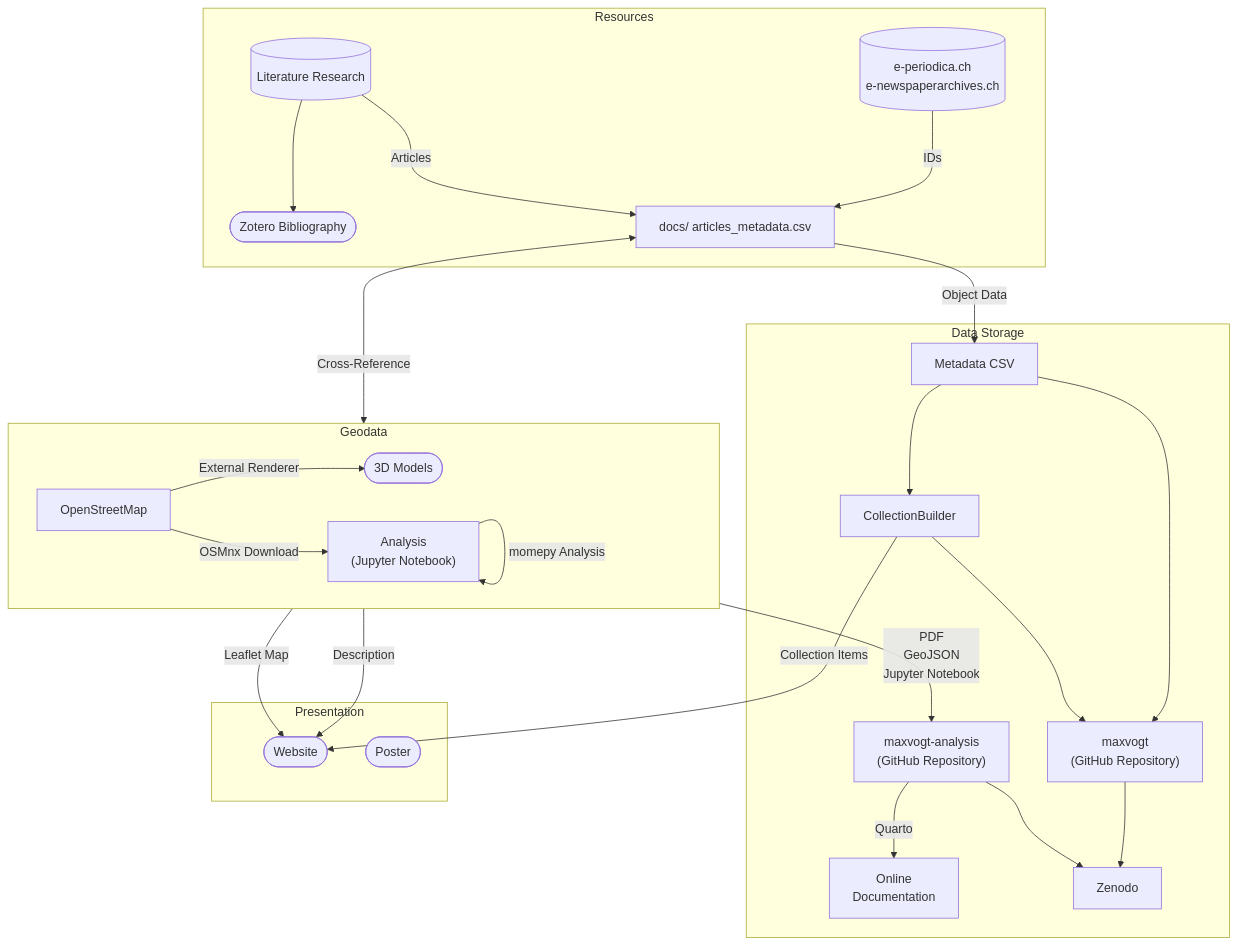
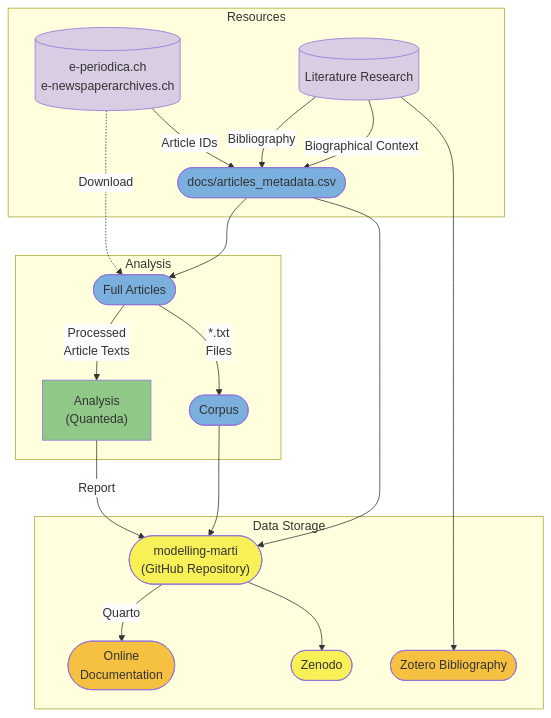
One commit to mtwente/modelling-marti changed the first of 3 diagrams in docs/data.qmd. Above: the diagram before and after it, drawn with Mermaid. The commit also changed other lines of this file, not shown here.

Commit message:
docs: enhance workflow description

````diff
--- a/docs/data.qmd
+++ b/docs/data.qmd
@@ -181,48 +145,47 @@
-```{mermaid fig-Workflow}
+```{mermaid fig-workflow}
+%%| label: fig-workflow
+%%| fig-cap: "Workflow used for assembling and analysing the dataset."
+%%{ init: {  'themeVariables': { 'edgeLabelBackground': '#fcfcfc'} } }%%
 flowchart TD
 
     subgraph Resources
-        RN1 --->RN5([Zotero Bibliography])
-        RN1[(Literature Research)] --->|Articles| RN3[docs/ articles_metadata.csv]
-        RN2[("e-periodica.ch<br>e-newspaperarchives.ch")] --->|IDs| RN3
+        RN2[("e-periodica.ch<br>e-newspaperarchives.ch")] -->|Article IDs| RN13
+        RN1[(Literature Research)] -->|Bibliography| RN13
+        RN1 -->|Biographical Context| RN13
     end
 
-    subgraph Geodata
-        direction LR
-        RN6 -->|External Renderer| RN7([3D Models])
-        RN6[OpenStreetMap] -->|OSMnx Download| RN8["Analysis<br> (Jupyter Notebook)"]
-        RN8 -->|momepy Analysis| RN8
+    CB1 -->|Report| RN9
+    RN14 -->|&ast;.txt<br>Files| CB2
+
+    subgraph Data Storage
+
+        RN9(["modelling-marti <br>(GitHub Repository)"])
+        RN9 -->|Quarto| RN11([Online<br>Documentation])
+        RN9 --> RN10([Zenodo])
+        RN5([Zotero Bibliography])
+
+    end    
+
+    subgraph Analysis
+        RN14 -->|Processed<br>Article Texts| CB1[Analysis<br>&lpar;Quanteda&rpar;]
+        CB2([Corpus]) --> RN9
+
+        RN2 -.->|Download| RN14
 
     end
 
-    RN13 --> RN14
-    RN3 <-->|Cross-Reference| RN6
-    RN3 -->|Object Data| RN13
-    RN8 -->|PDF<br>GeoJSON<br>Jupyter Notebook| RN9
-    RN8 -->|Leaflet Map| CB2
-    RN8 -->|Description| CB2
+    RN13([docs/articles_metadata.csv]) --> RN9
+    RN1 ------> RN5
+    RN13 --> RN14([Full Articles])
 
-
-    subgraph Data Storage
-
-        RN9["maxvogt-analysis <br>(GitHub Repository)"]
-        RN9 -->|Quarto| RN11[Online<br>Documentation]
-        RN9 --> RN10[Zenodo]
-
-
-        RN14[CollectionBuilder] --> RN12["maxvogt <br>(GitHub Repository)"]
-        RN13[Metadata CSV] --> RN12
-
-
-        RN12 --> RN10
-
-
-    end
-
-    RN14 -->|Collection Items| CB2
-
-    subgraph Presentation
-        CB3([Poster])
-        CB2([Website])        
-    end
+style CB1 fill:#90C987
+style CB2 fill:#7BAFDE
+style RN1 fill:#D9CCE3
+style RN2 fill:#D9CCE3
+style RN5 fill:#F6C141
+style RN9 fill:#F7F056
+style RN10 fill:#F7F056
+style RN11 fill:#F6C141
+style RN13 fill:#7BAFDE
+style RN14 fill:#7BAFDE
 ```
````
